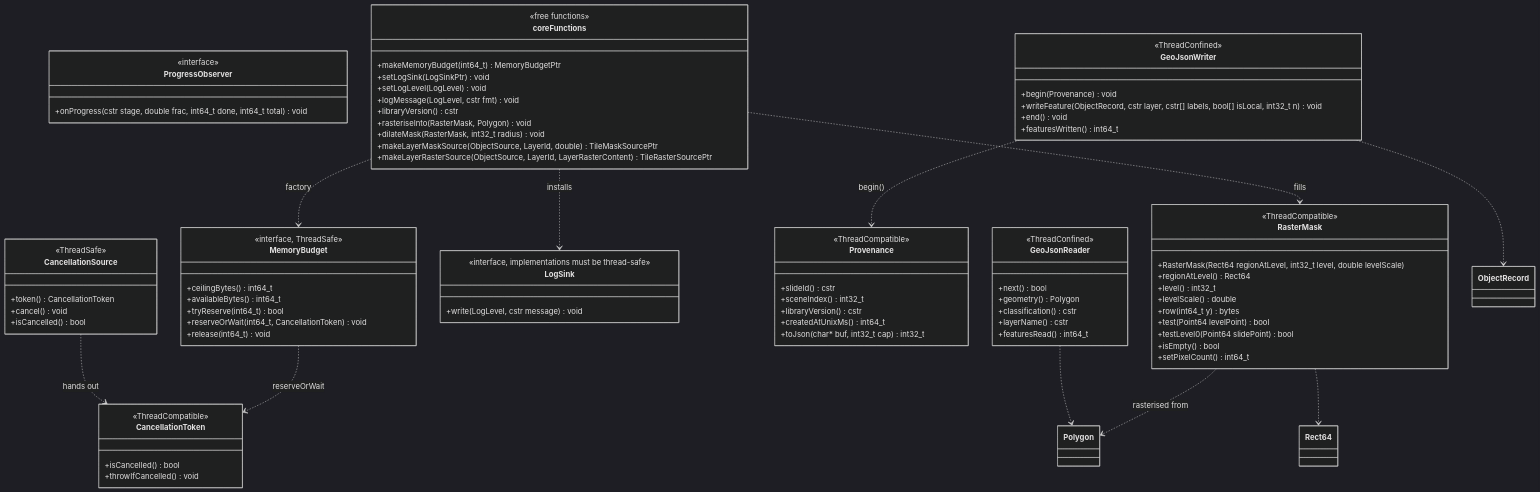
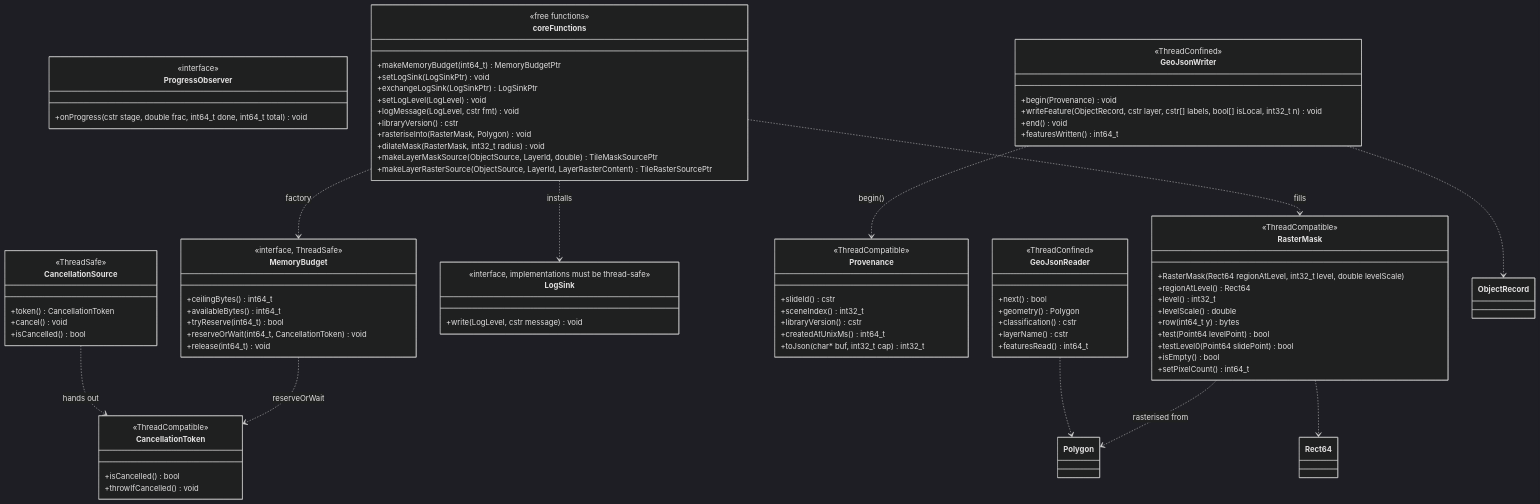
The fifth of 14 diagrams in docs/superpowers/specs/sds/08-class-diagrams.md (Booritas/slideio-processor), drawn with Mermaid (dark theme) before and after one commit. The commit also changed 7 other files, not shown here.

```diff
--- a/docs/superpowers/specs/sds/08-class-diagrams.md
+++ b/docs/superpowers/specs/sds/08-class-diagrams.md
@@ -545,6 +545,7 @@
         <<free functions>>
         +makeMemoryBudget(int64_t) MemoryBudgetPtr
         +setLogSink(LogSinkPtr) void
+        +exchangeLogSink(LogSinkPtr) LogSinkPtr
         +setLogLevel(LogLevel) void
         +logMessage(LogLevel, cstr fmt) void
         +libraryVersion() cstr
```
